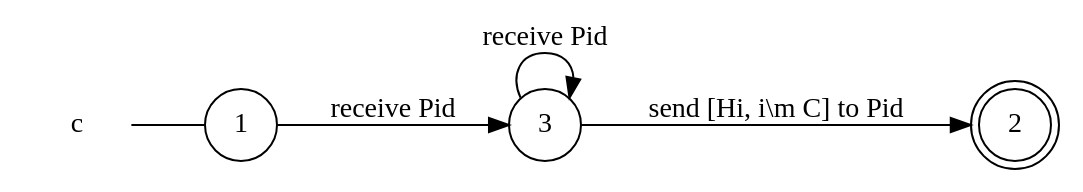
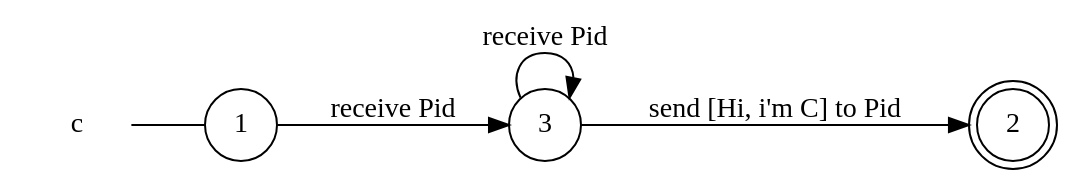
Before and after one commit to gabrielegenovese/chorer: the diagram in examples/if-cases/c_local_view.dot, drawn with Graphviz. The commit also changed 17 other files, not shown here.

```diff
--- a/examples/if-cases/c_local_view.dot
+++ b/examples/if-cases/c_local_view.dot
@@ -1,12 +1,12 @@
 digraph c {
 	rankdir="LR";
 	n_0 [label="c", shape="plaintext"];
 	n_1 [id="1", shape=circle, label="1"];
 	n_0 -> n_1 [arrowhead=none];
 	n_2 [id="2", shape=doublecircle, label="2"];
 	n_3 [id="3", shape=circle, label="3"];
 
-	n_3 -> n_2 [id="[$e|1]", label="send [Hi, i\\m C] to Pid"];
+	n_3 -> n_2 [id="[$e|2]", label="send [Hi, i'm C] to Pid"];
 	n_3 -> n_3 [id="[$e|0]", label="receive Pid"];
-	n_1 -> n_3 [id="[$e|2]", label="receive Pid"];
+	n_1 -> n_3 [id="[$e|1]", label="receive Pid"];
 }
```
